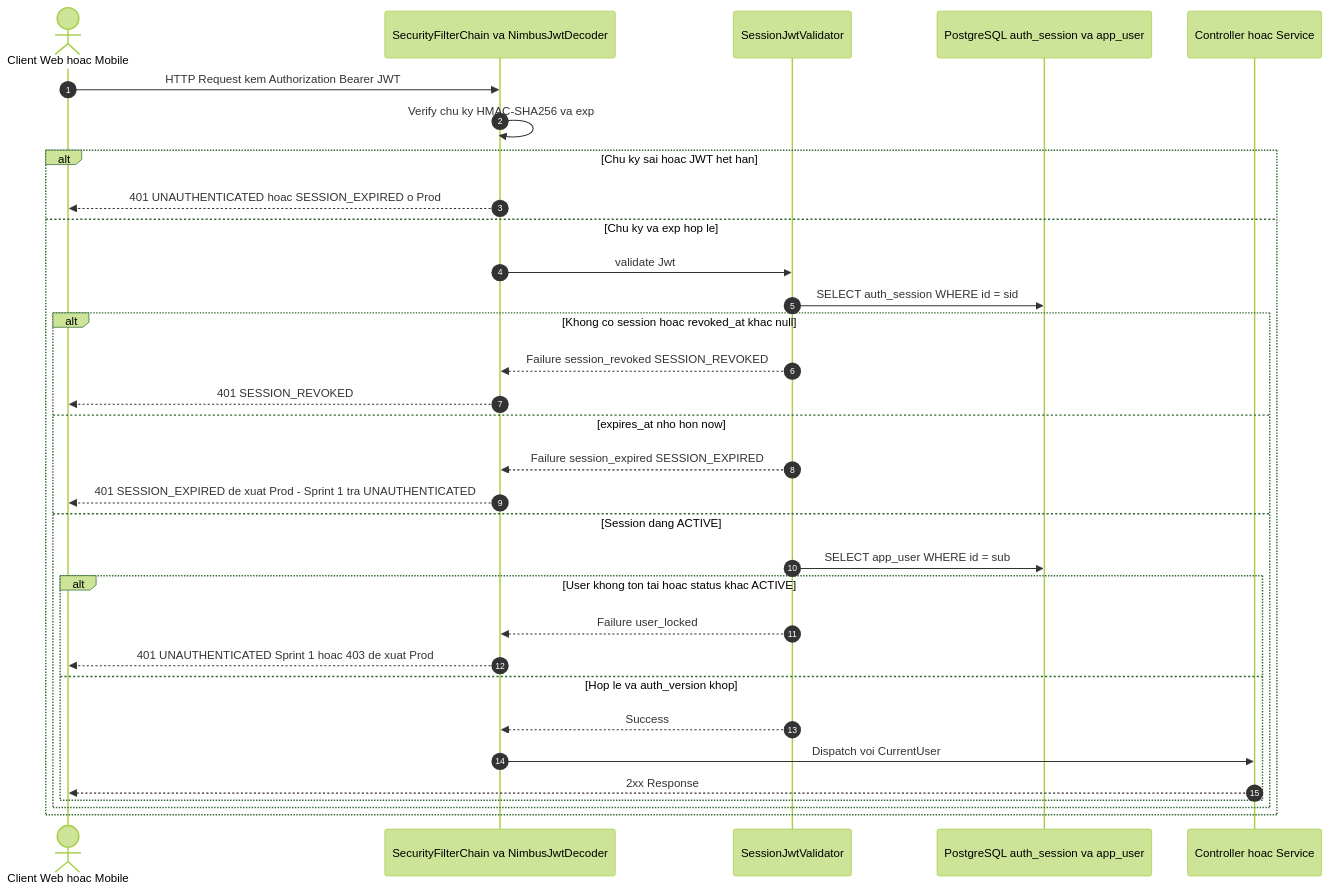
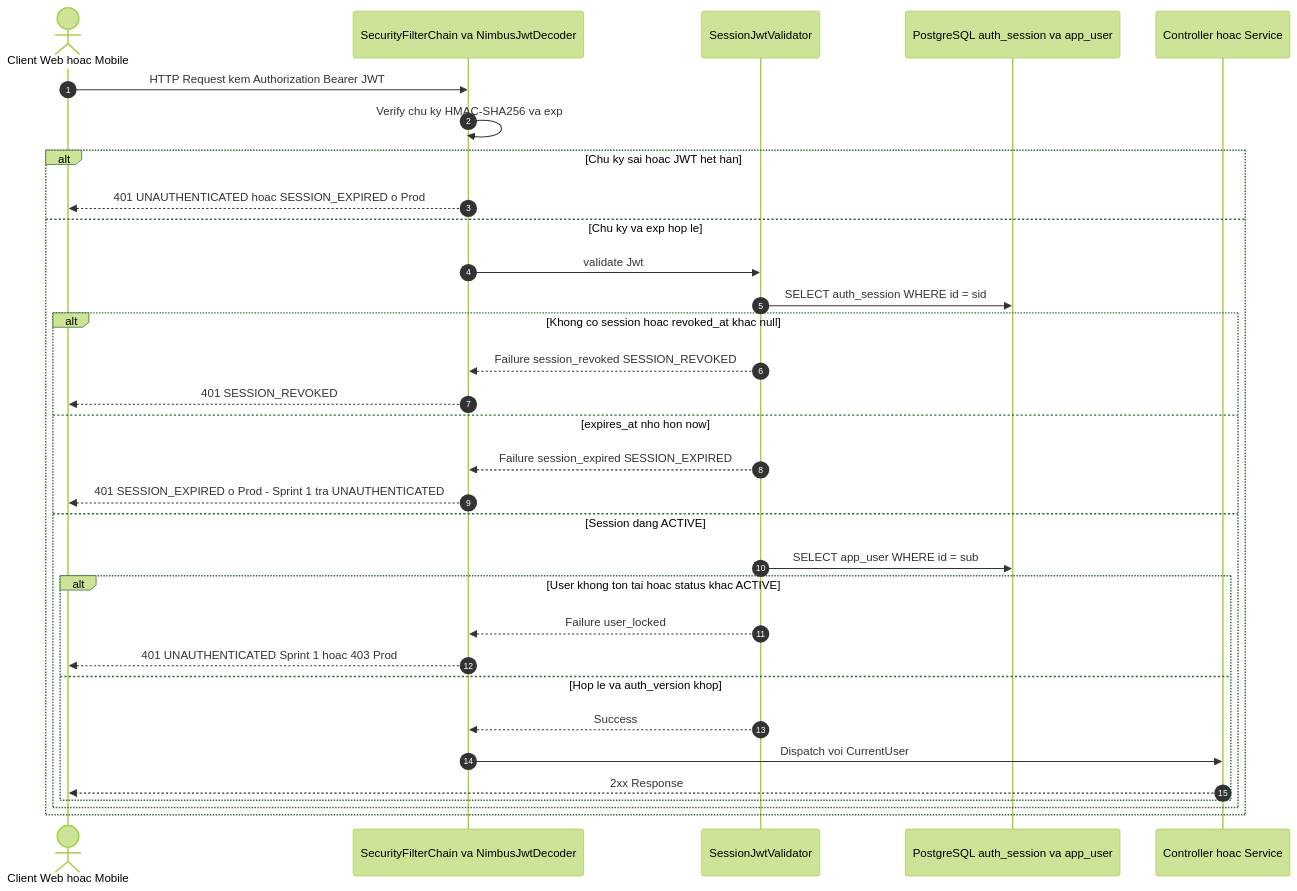
One commit to GMIOS25/QNU-Events-BE changed the second of 3 diagrams in docs/architecture/auth-and-session-lifecycle.md. Above: the diagram before and after it, drawn with Mermaid (forest theme). The commit also changed other lines of this file and 14 other files, not shown here.

````diff
--- a/docs/architecture/auth-and-session-lifecycle.md
+++ b/docs/architecture/auth-and-session-lifecycle.md
@@ -121,35 +121,35 @@
 ```mermaid
 sequenceDiagram
     autonumber
     actor C as Client Web hoac Mobile
     participant F as SecurityFilterChain va NimbusJwtDecoder
     participant V as SessionJwtValidator
     participant DB as PostgreSQL auth_session va app_user
     participant API as Controller hoac Service
 
     C->>F: HTTP Request kem Authorization Bearer JWT
     F->>F: Verify chu ky HMAC-SHA256 va exp
     alt Chu ky sai hoac JWT het han
         F-->>C: 401 UNAUTHENTICATED hoac SESSION_EXPIRED o Prod
     else Chu ky va exp hop le
         F->>V: validate Jwt
         V->>DB: SELECT auth_session WHERE id = sid
         alt Khong co session hoac revoked_at khac null
             V-->>F: Failure session_revoked SESSION_REVOKED
             F-->>C: 401 SESSION_REVOKED
         else expires_at nho hon now
             V-->>F: Failure session_expired SESSION_EXPIRED
-            F-->>C: 401 SESSION_EXPIRED de xuat Prod - Sprint 1 tra UNAUTHENTICATED
+            F-->>C: 401 SESSION_EXPIRED o Prod - Sprint 1 tra UNAUTHENTICATED
         else Session dang ACTIVE
             V->>DB: SELECT app_user WHERE id = sub
             alt User khong ton tai hoac status khac ACTIVE
                 V-->>F: Failure user_locked
-                F-->>C: 401 UNAUTHENTICATED Sprint 1 hoac 403 de xuat Prod
+                F-->>C: 401 UNAUTHENTICATED Sprint 1 hoac 403 Prod
             else Hop le va auth_version khop
                 V-->>F: Success
                 F->>API: Dispatch voi CurrentUser
                 API-->>C: 2xx Response
             end
         end
     end
 ```
````
